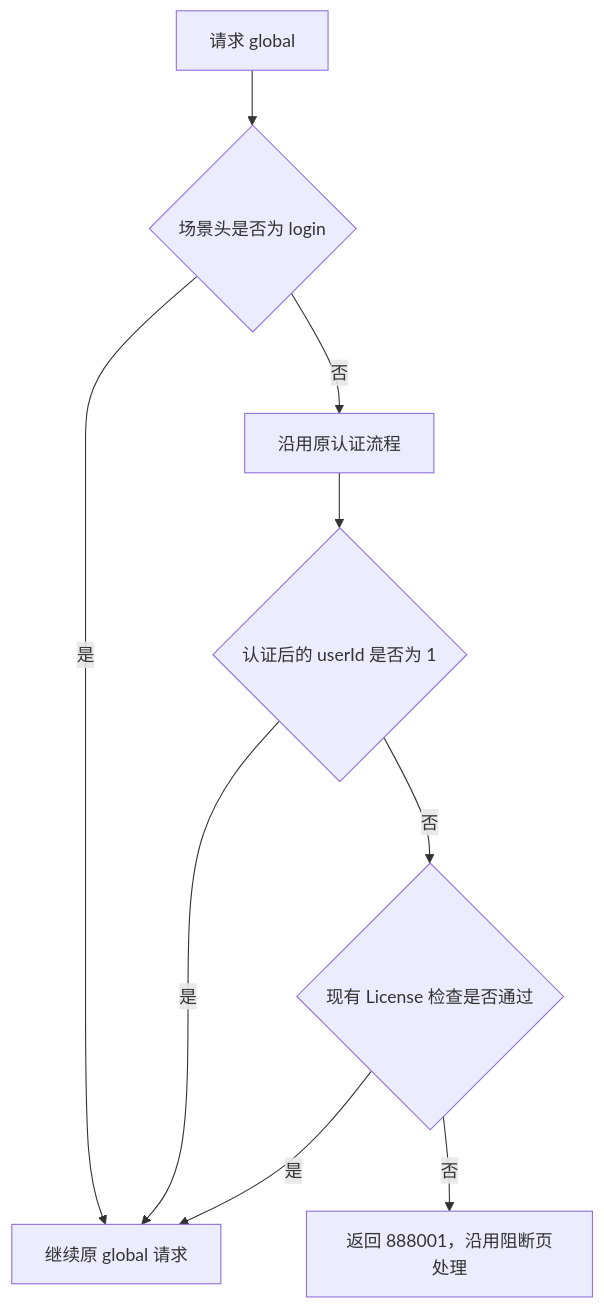
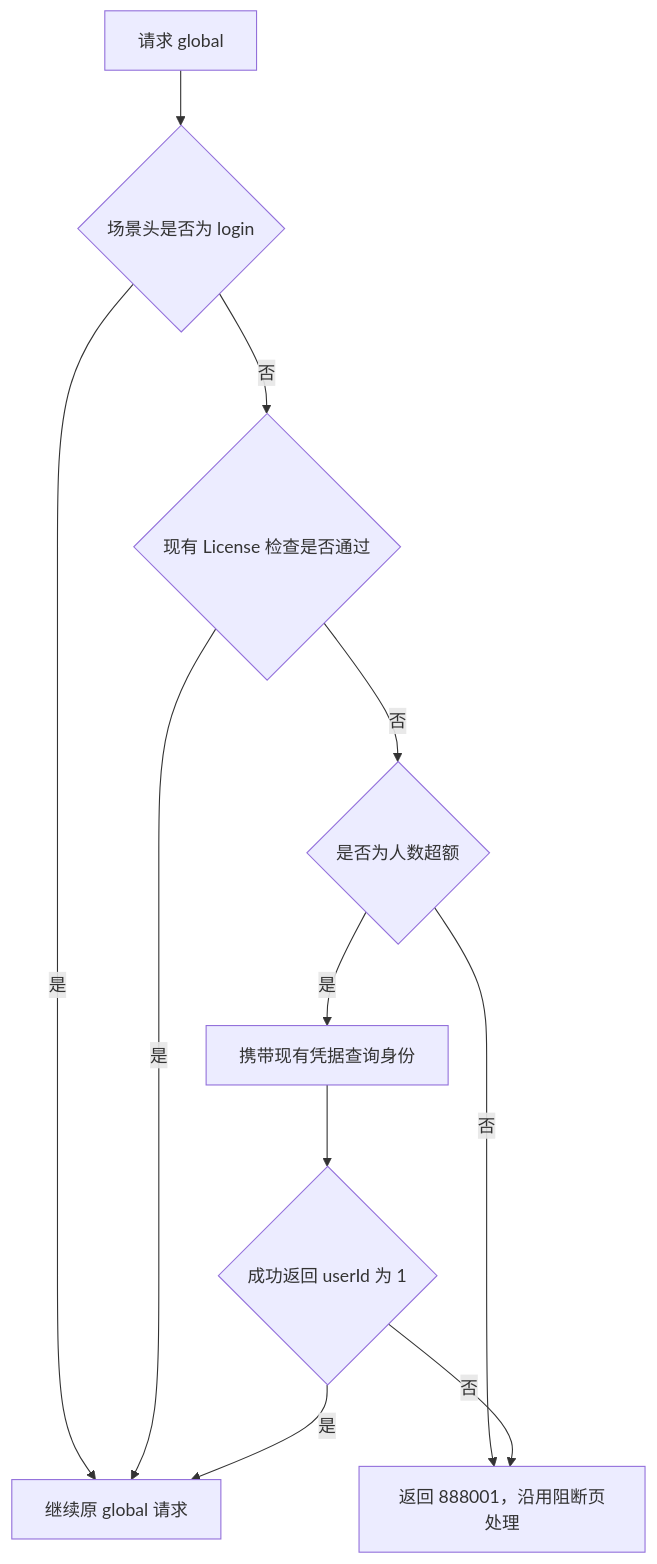
One commit to Honkey-y/docs changed the second of 2 diagrams in DeepFos/平台/授权人数控制/规划/前端接口联调说明.md. Above: the diagram before and after it, drawn with Mermaid. The commit also changed other lines of this file and 4 other files, not shown here.

````diff
--- a/DeepFos/平台/授权人数控制/规划/前端接口联调说明.md
+++ b/DeepFos/平台/授权人数控制/规划/前端接口联调说明.md
@@ -208,11 +208,13 @@
 ```mermaid
 flowchart TD
     请求[请求 global] --> 登录{场景头是否为 login}
     登录 -- 是 --> 放行[继续原 global 请求]
-    登录 -- 否 --> 认证[沿用原认证流程]
-    认证 --> 身份{认证后的 userId 是否为 1}
+    登录 -- 否 --> 校验{现有 License 检查是否通过}
+    校验 -- 是 --> 放行
+    校验 -- 否 --> 超额{是否为人数超额}
+    超额 -- 否 --> 阻断[返回 888001，沿用阻断页处理]
+    超额 -- 是 --> 查询[携带现有凭据查询身份]
+    查询 --> 身份{成功返回 userId 为 1}
     身份 -- 是 --> 放行
-    身份 -- 否 --> 校验{现有 License 检查是否通过}
-    校验 -- 是 --> 放行
-    校验 -- 否 --> 阻断[返回 888001，沿用阻断页处理]
+    身份 -- 否 --> 阻断
 ```
````
